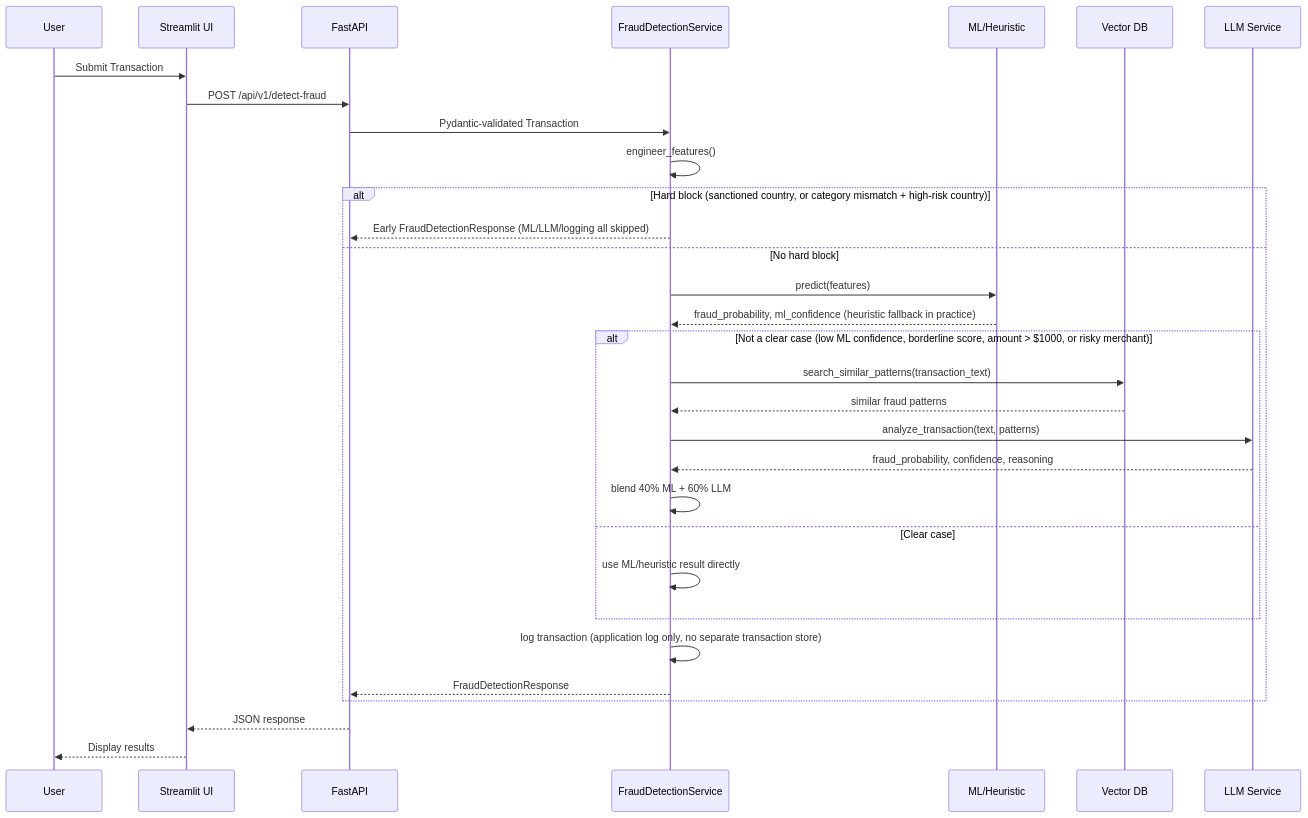
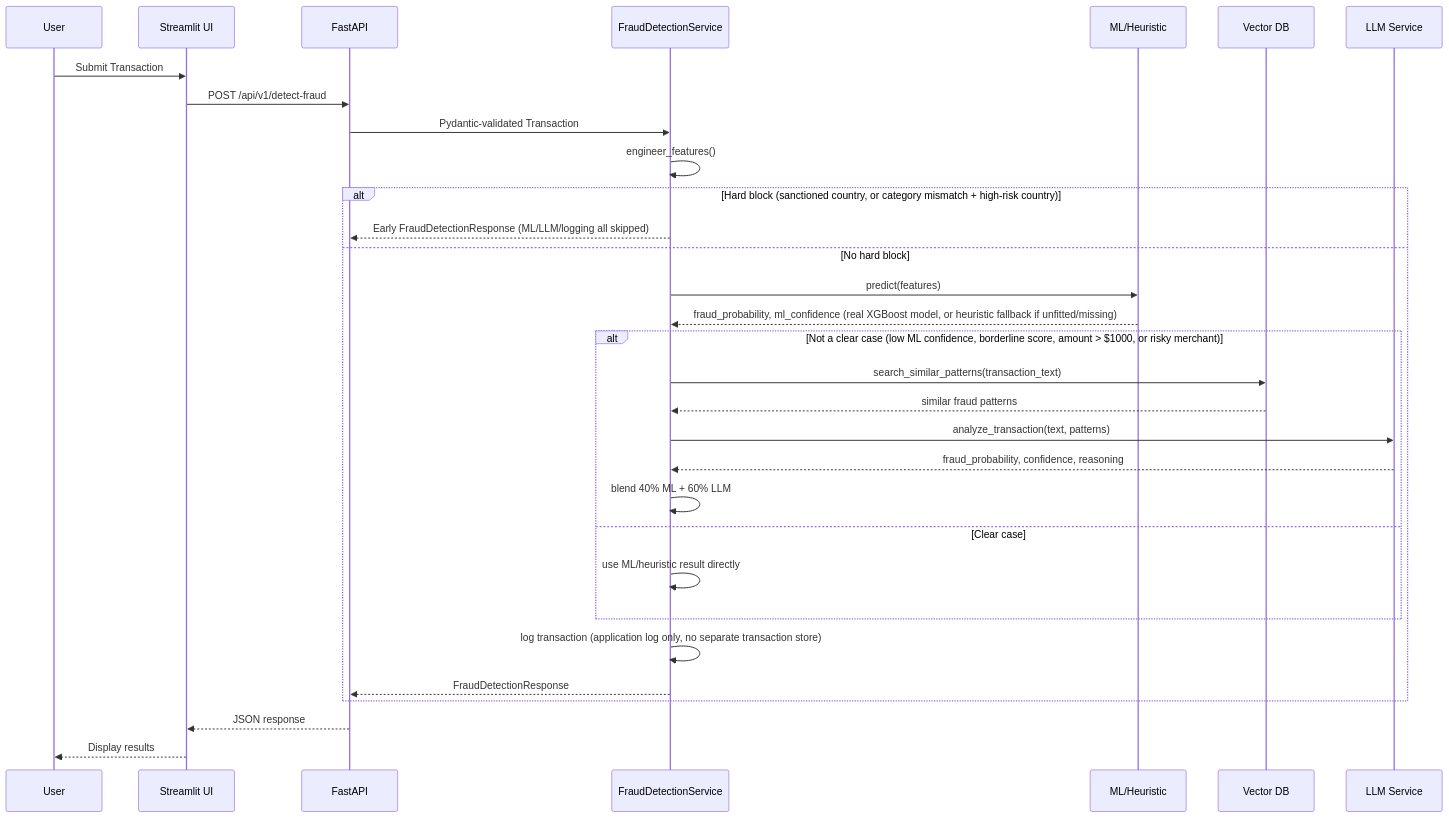
Before and after one commit to guruthanglearning/AILearning: the third of 5 diagrams in MLProjects/creditcardfrauddetection/README.md, drawn with Mermaid. The commit also changed other lines of this file and 9 other files, not shown here.

First line of the commit message:
Wire up the trained XGBoost model in FraudDetectionService (#12)

````diff
--- a/MLProjects/creditcardfrauddetection/README.md
+++ b/MLProjects/creditcardfrauddetection/README.md
@@ -1697,38 +1696,38 @@
 ```mermaid
 sequenceDiagram
     participant User
     participant UI as Streamlit UI
     participant API as FastAPI
     participant Service as FraudDetectionService
     participant ML as ML/Heuristic
     participant Vector as Vector DB
     participant LLM as LLM Service
 
     User->>UI: Submit Transaction
     UI->>API: POST /api/v1/detect-fraud
     API->>Service: Pydantic-validated Transaction
     Service->>Service: engineer_features()
 
     alt Hard block (sanctioned country, or category mismatch + high-risk country)
         Service-->>API: Early FraudDetectionResponse (ML/LLM/logging all skipped)
     else No hard block
         Service->>ML: predict(features)
-        ML-->>Service: fraud_probability, ml_confidence (heuristic fallback in practice)
+        ML-->>Service: fraud_probability, ml_confidence (real XGBoost model, or heuristic fallback if unfitted/missing)
 
         alt Not a clear case (low ML confidence, borderline score, amount > $1000, or risky merchant)
             Service->>Vector: search_similar_patterns(transaction_text)
             Vector-->>Service: similar fraud patterns
             Service->>LLM: analyze_transaction(text, patterns)
             LLM-->>Service: fraud_probability, confidence, reasoning
             Service->>Service: blend 40% ML + 60% LLM
         else Clear case
             Service->>Service: use ML/heuristic result directly
         end
 
         Service->>Service: log transaction (application log only, no separate transaction store)
         Service-->>API: FraudDetectionResponse
     end
 
     API-->>UI: JSON response
     UI-->>User: Display results
 ```
````
